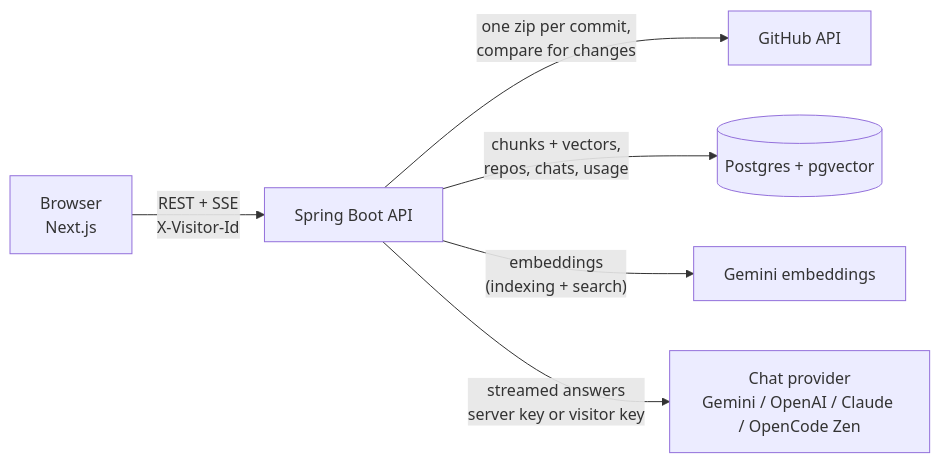
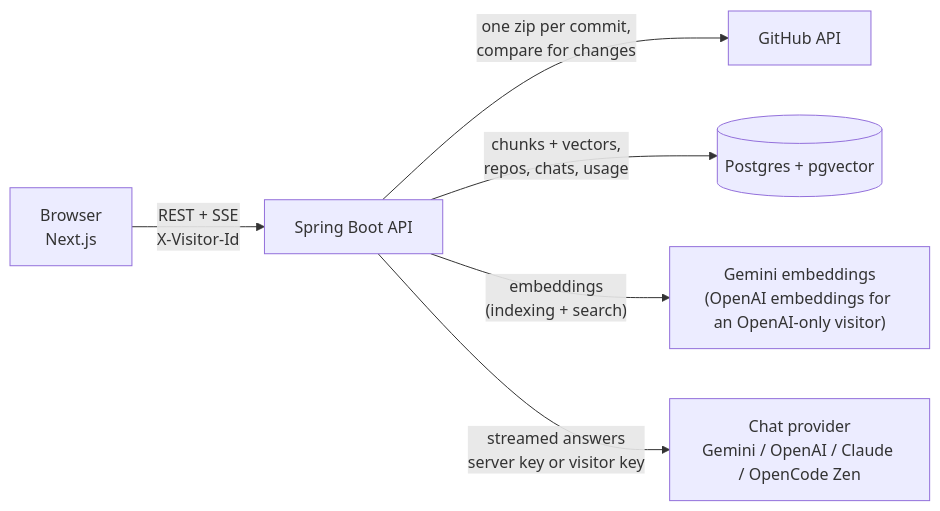
The diagram in README.md (Darshan-dev57/devPilot), drawn with Mermaid before and after one commit. The commit also changed other lines of this file and 1 other file, not shown here.

Commit message:
Document indexing with an OpenAI key

````diff
--- a/README.md
+++ b/README.md
@@ -96,8 +96,8 @@
 ```mermaid
 flowchart LR
   B["Browser<br/>Next.js"] -- "REST + SSE<br/>X-Visitor-Id" --> API["Spring Boot API"]
   API -- "one zip per commit,<br/>compare for changes" --> GH["GitHub API"]
   API -- "chunks + vectors,<br/>repos, chats, usage" --> PG[("Postgres + pgvector")]
-  API -- "embeddings<br/>(indexing + search)" --> EMB["Gemini embeddings"]
+  API -- "embeddings<br/>(indexing + search)" --> EMB["Gemini embeddings<br/>(OpenAI embeddings for an OpenAI-only visitor)"]
   API -- "streamed answers<br/>server key or visitor key" --> CHAT["Chat provider<br/>Gemini / OpenAI / Claude / OpenCode Zen"]
 ```
````
